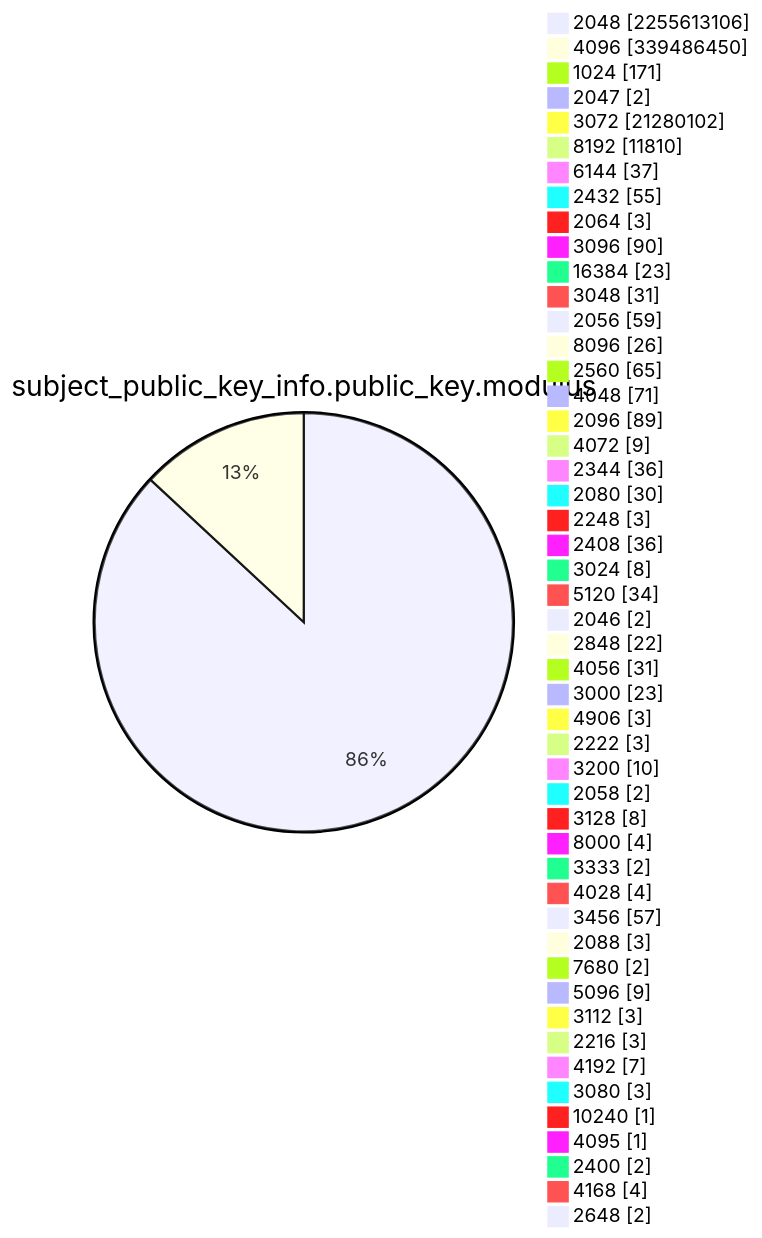
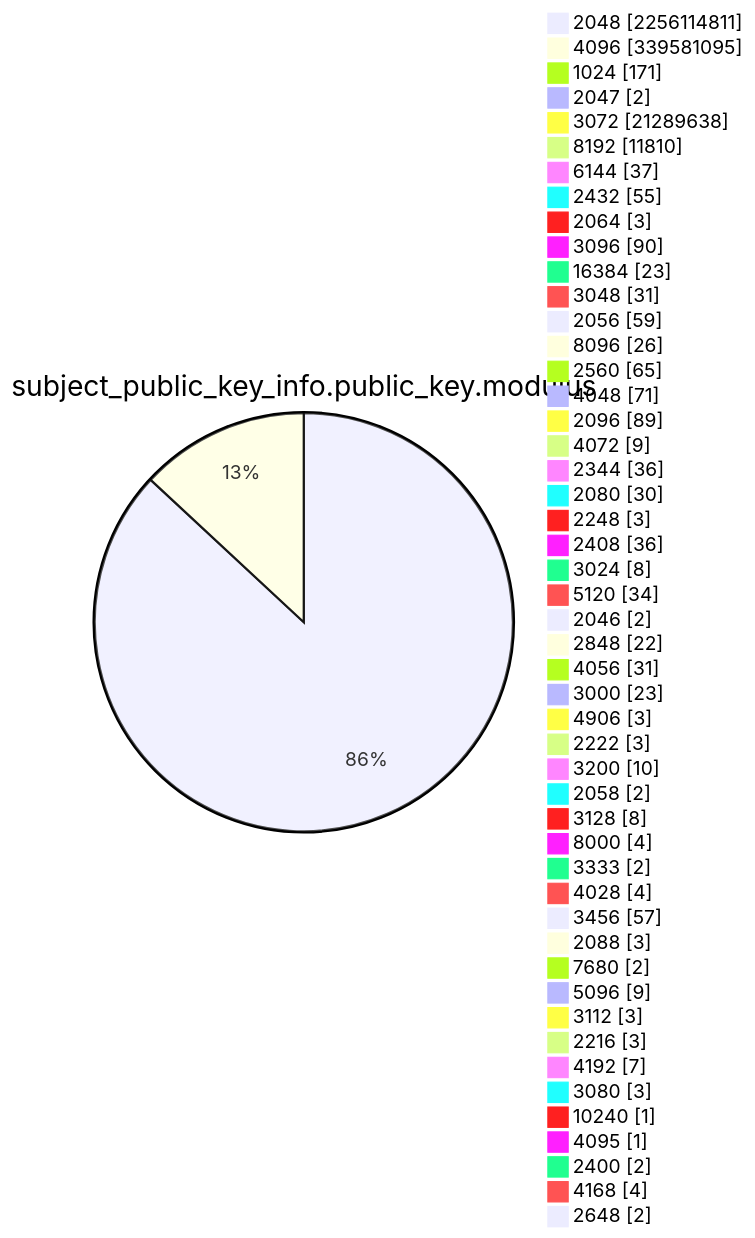
One commit to christiankrug/ctmonitor_visualization changed diagram 13 of 15 in TOTAL/README.md. Above: the diagram before and after it, drawn with Mermaid. The commit also changed other lines of this file, not shown here.

````diff
--- a/TOTAL/README.md
+++ b/TOTAL/README.md
@@ -4166,53 +4166,53 @@
 ```mermaid
 pie showData
 title subject_public_key_info.public_key.modulus
-"2048" :2255613106
-"4096" :339486450
+"2048" :2256114811
+"4096" :339581095
 "1024" :171
 "2047" :2
-"3072" :21280102
+"3072" :21289638
 "8192" :11810
 "6144" :37
 "2432" :55
 "2064" :3
 "3096" :90
 "16384" :23
 "3048" :31
 "2056" :59
 "8096" :26
 "2560" :65
 "4048" :71
 "2096" :89
 "4072" :9
 "2344" :36
 "2080" :30
 "2248" :3
 "2408" :36
 "3024" :8
 "5120" :34
 "2046" :2
 "2848" :22
 "4056" :31
 "3000" :23
 "4906" :3
 "2222" :3
 "3200" :10
 "2058" :2
 "3128" :8
 "8000" :4
 "3333" :2
 "4028" :4
 "3456" :57
 "2088" :3
 "7680" :2
 "5096" :9
 "3112" :3
 "2216" :3
 "4192" :7
 "3080" :3
 "10240" :1
 "4095" :1
 "2400" :2
 "4168" :4
 "2648" :2
 ```
````
